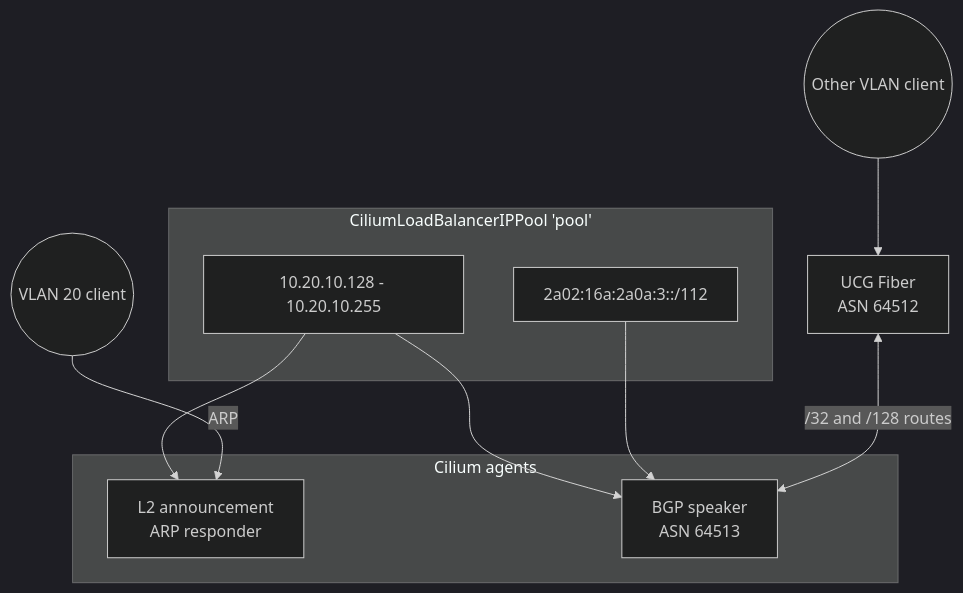
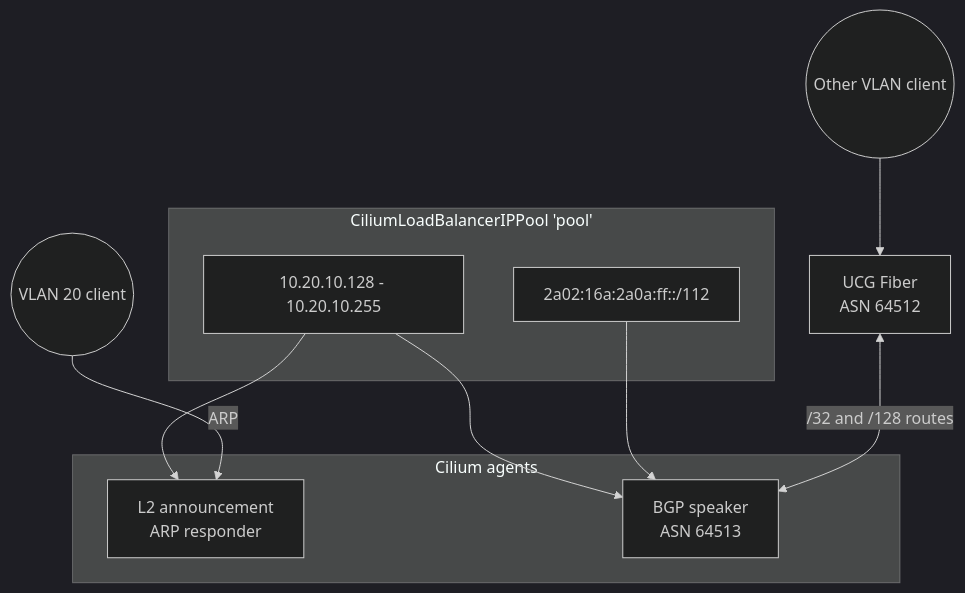
Before and after one commit to swibrow/home-ops: the diagram in docs/networking/load-balancers.md, drawn with Mermaid (dark theme). The commit also changed other lines of this file and 10 other files, not shown here.

````diff
--- a/docs/networking/load-balancers.md
+++ b/docs/networking/load-balancers.md
@@ -11,19 +11,19 @@
 ```mermaid
 flowchart TB
     subgraph Pool["CiliumLoadBalancerIPPool 'pool'"]
         V4["10.20.10.128 - 10.20.10.255"]
-        V6["2a02:16a:2a0a:3::/112"]
+        V6["2a02:16a:2a0a:ff::/112"]
     end
 
     subgraph Cilium["Cilium agents"]
         L2[L2 announcement<br/>ARP responder]
         BGP[BGP speaker<br/>ASN 64513]
     end
 
     V4 --> L2 & BGP
     V6 --> BGP
 
     VLAN20((VLAN 20 client)) -->|"ARP"| L2
     UCG[UCG Fiber<br/>ASN 64512] <-->|"/32 and /128 routes"| BGP
     Other((Other VLAN client)) --> UCG
 ```
````
